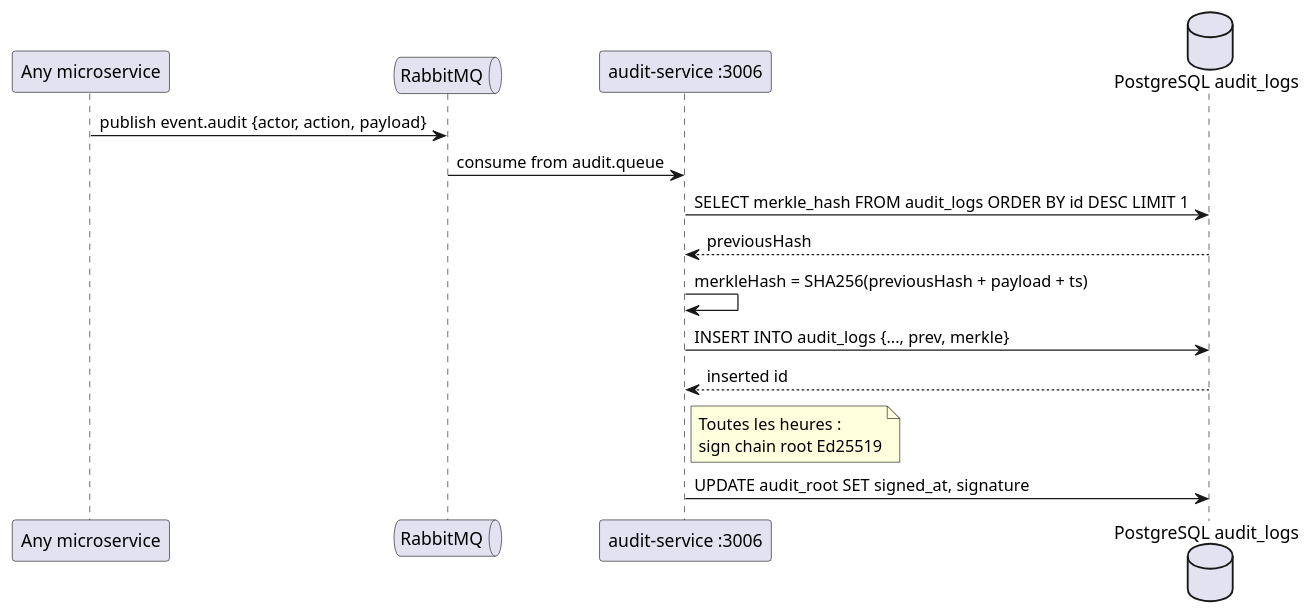
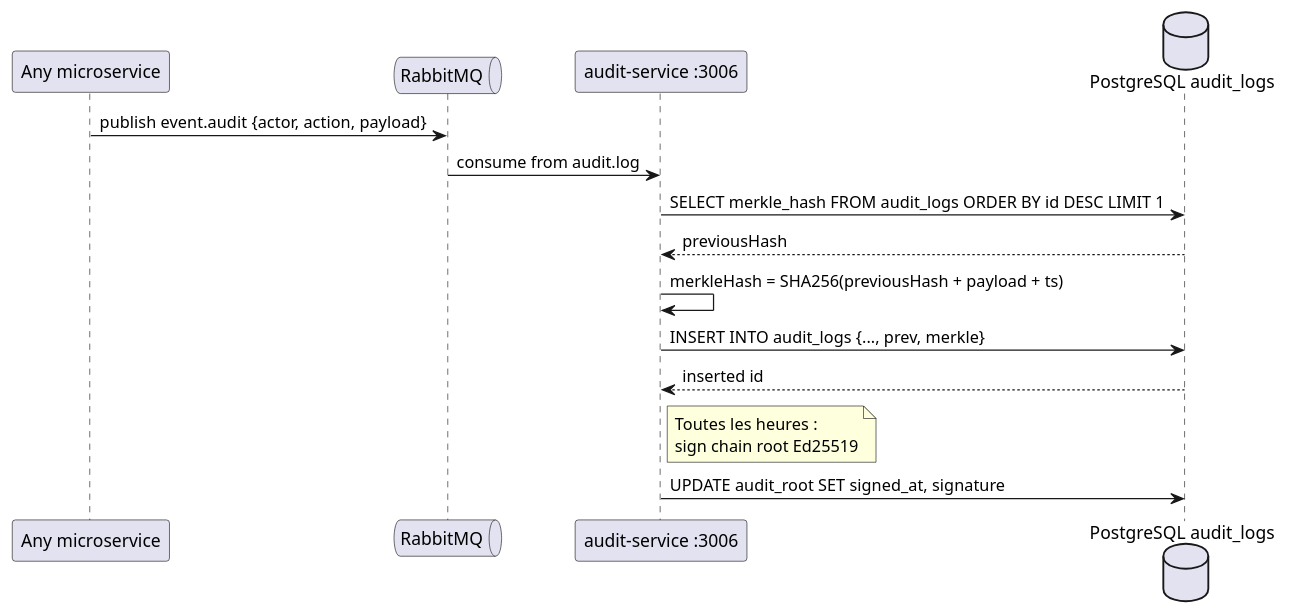
Before and after one commit to TheManInPink/Session-Ete-2026: diagram 30 of 40 in docs/diagrams/99-DIAGRAMMES-PLANTUML.md, drawn with PlantUML. The commit also changed 6 other files, not shown here.

First line of the commit message:
docs: aligner ADR-014 + docs 09/10/11 + diagrammes sur la topologie RabbitMQ réelle

````diff
--- a/docs/diagrams/99-DIAGRAMMES-PLANTUML.md
+++ b/docs/diagrams/99-DIAGRAMMES-PLANTUML.md
@@ -1380,21 +1380,21 @@
 ```plantuml
 @startuml
 participant "Any microservice" as Svc
 queue "RabbitMQ" as MQ
 participant "audit-service :3006" as Aud
 database "PostgreSQL audit_logs" as Pg
 
 Svc -> MQ : publish event.audit {actor, action, payload}
-MQ -> Aud : consume from audit.queue
+MQ -> Aud : consume from audit.log
 Aud -> Pg : SELECT merkle_hash FROM audit_logs ORDER BY id DESC LIMIT 1
 Pg --> Aud : previousHash
 Aud -> Aud : merkleHash = SHA256(previousHash + payload + ts)
 Aud -> Pg : INSERT INTO audit_logs {..., prev, merkle}
 Pg --> Aud : inserted id
 note right of Aud
   Toutes les heures :
   sign chain root Ed25519
 end note
 Aud -> Pg : UPDATE audit_root SET signed_at, signature
 @enduml
 ```
````
